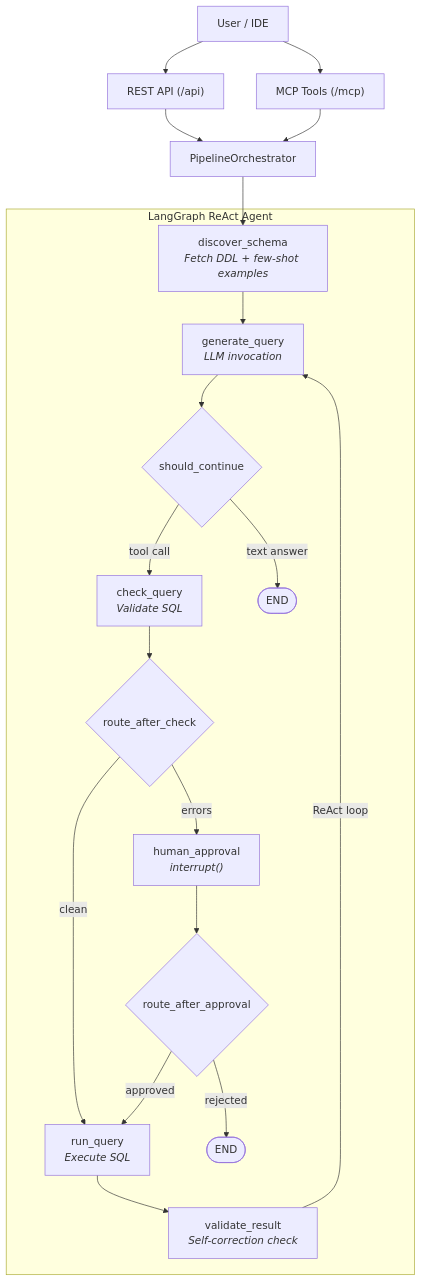
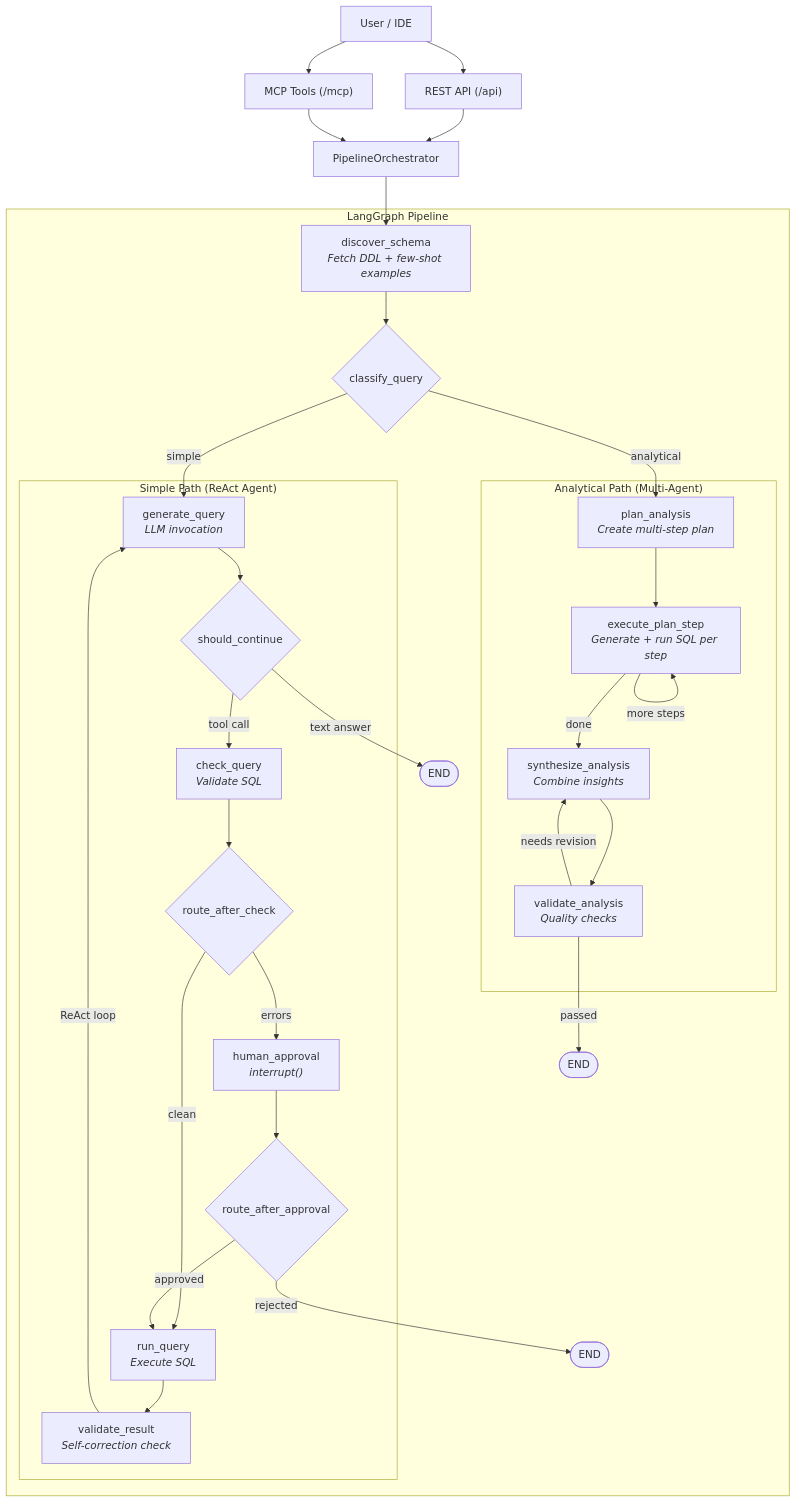
The diagram in README.md (BadriPrudhvi/text-to-sql), drawn with Mermaid before and after one commit. The commit also changed other lines of this file and 21 other files, not shown here.

First line of the commit message:
feat(pipeline): add multi-agent analytical query support

````diff
--- a/README.md
+++ b/README.md
@@ -22,37 +23,58 @@
 ```mermaid
 graph TD
     User["User / IDE"]
     User --> REST["REST API (/api)"]
     User --> MCP["MCP Tools (/mcp)"]
     REST --> Orch["PipelineOrchestrator"]
     MCP --> Orch
 
-    subgraph Agent["LangGraph ReAct Agent"]
+    subgraph Agent["LangGraph Pipeline"]
         A["discover_schema<br/><i>Fetch DDL + few-shot examples</i>"]
-        B["generate_query<br/><i>LLM invocation</i>"]
-        C{"should_continue"}
-        D["check_query<br/><i>Validate SQL</i>"]
-        E{"route_after_check"}
-        F["human_approval<br/><i>interrupt()</i>"]
-        G{"route_after_approval"}
-        H["run_query<br/><i>Execute SQL</i>"]
-        I["validate_result<br/><i>Self-correction check</i>"]
+        CL{"classify_query"}
+
+        subgraph Simple["Simple Path (ReAct Agent)"]
+            B["generate_query<br/><i>LLM invocation</i>"]
+            C{"should_continue"}
+            D["check_query<br/><i>Validate SQL</i>"]
+            E{"route_after_check"}
+            F["human_approval<br/><i>interrupt()</i>"]
+            G{"route_after_approval"}
+            H["run_query<br/><i>Execute SQL</i>"]
+            I["validate_result<br/><i>Self-correction check</i>"]
+        end
+
+        subgraph Analytical["Analytical Path (Multi-Agent)"]
+            P["plan_analysis<br/><i>Create multi-step plan</i>"]
+            EX["execute_plan_step<br/><i>Generate + run SQL per step</i>"]
+            SY["synthesize_analysis<br/><i>Combine insights</i>"]
+            VA["validate_analysis<br/><i>Quality checks</i>"]
+        end
+
         END1(["END"])
         END2(["END"])
+        END3(["END"])
 
-        A --> B
+        A --> CL
+        CL -- "simple" --> B
+        CL -- "analytical" --> P
         B --> C
         C -- "tool call" --> D
         C -- "text answer" --> END1
         D --> E
         E -- "clean" --> H
         E -- "errors" --> F
         F --> G
         G -- "approved" --> H
         G -- "rejected" --> END2
         H --> I
         I -- "ReAct loop" --> B
+        P --> EX
+        EX -- "more steps" --> EX
+        EX -- "done" --> SY
+        SY --> VA
+        VA -- "needs revision" --> SY
+        VA -- "passed" --> END3
     end
 
     Orch --> A
 ```
````
